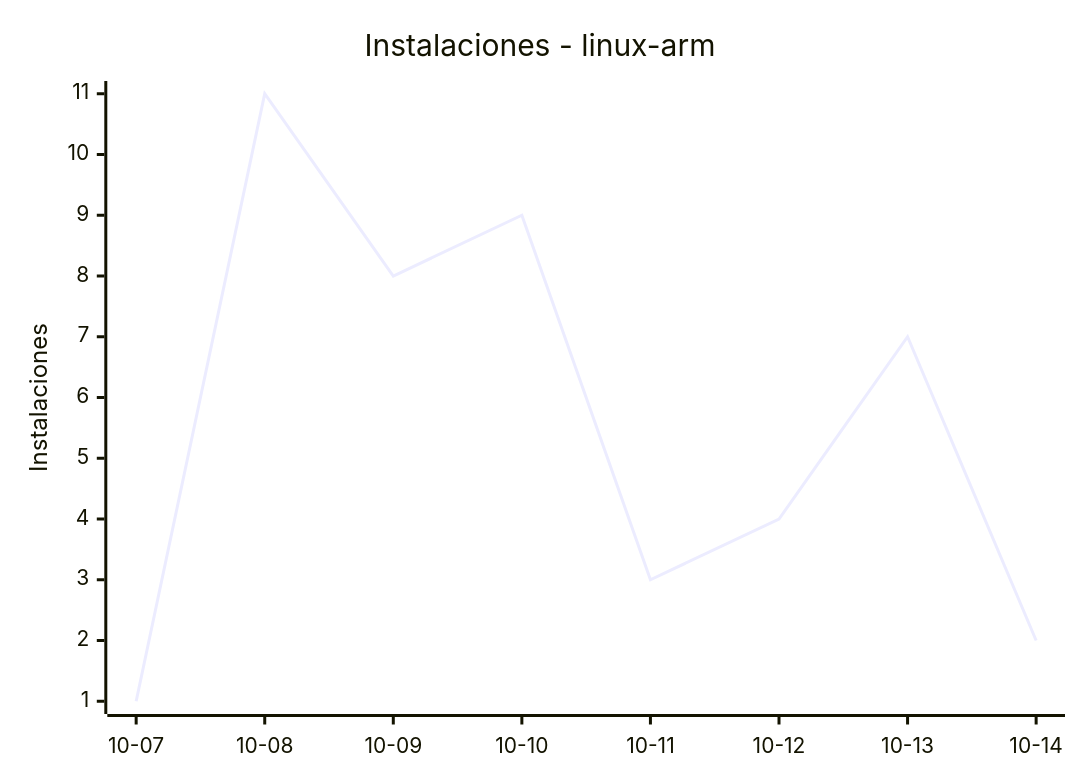
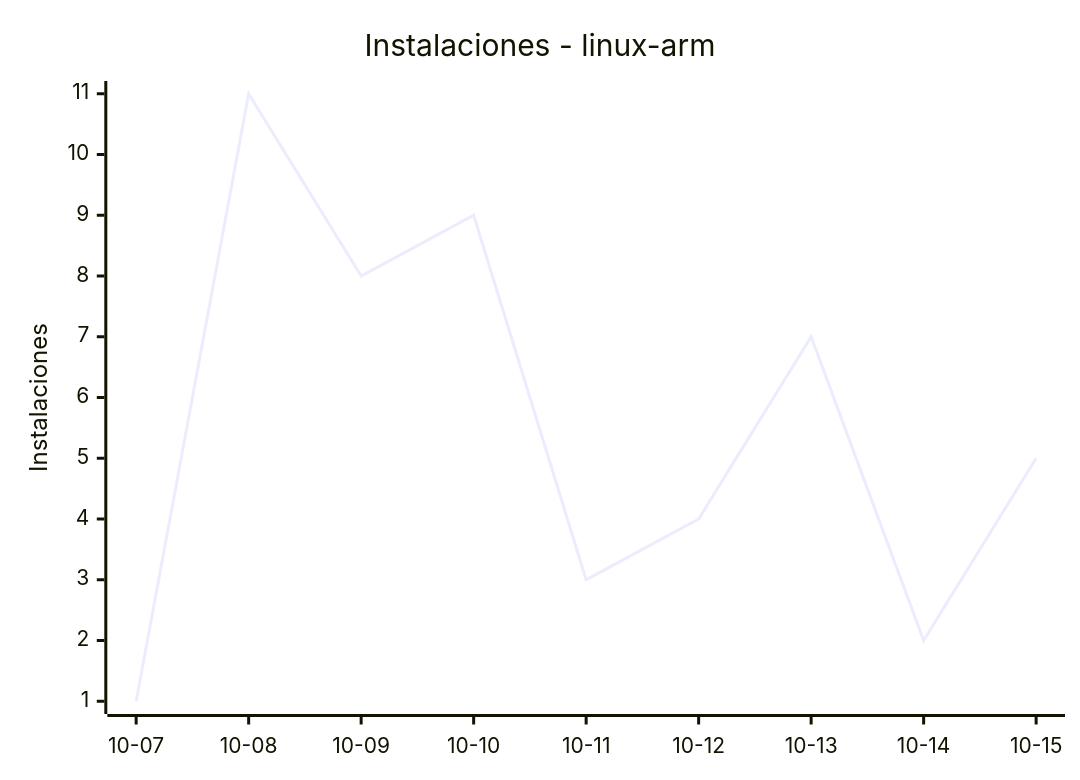
The fifth of 8 diagrams in README.md (EmuDeck/stats), drawn with Mermaid before and after one commit. The commit also changed other lines of this file and 2 other files, not shown here.

````diff
--- a/README.md
+++ b/README.md
@@ -60,7 +60,7 @@
 ```mermaid
 xychart-beta
     title "Instalaciones - linux-arm"
-    x-axis ["10-07", "10-08", "10-09", "10-10", "10-11", "10-12", "10-13", "10-14"]
+    x-axis ["10-07", "10-08", "10-09", "10-10", "10-11", "10-12", "10-13", "10-14", "10-15"]
     y-axis "Instalaciones"
-    line [1, 11, 8, 9, 3, 4, 7, 2]
+    line [1, 11, 8, 9, 3, 4, 7, 2, 5]
 ```
````
